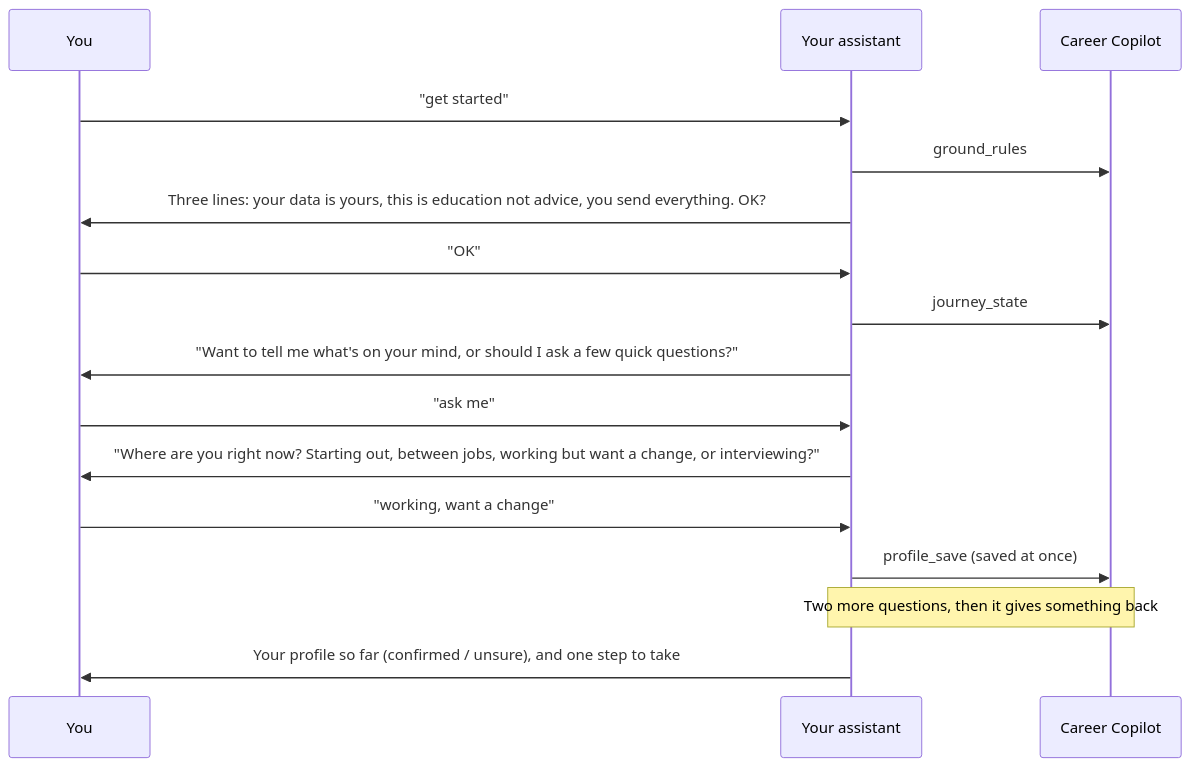
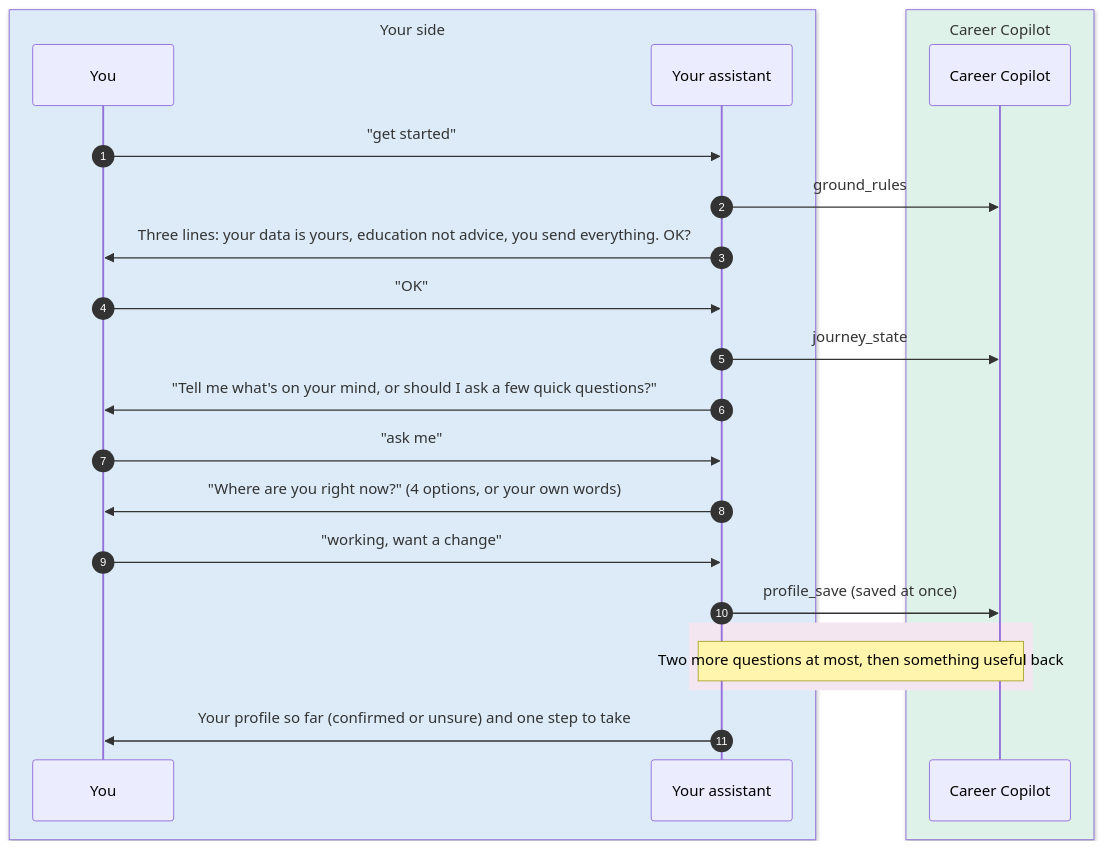
Before and after one commit to TusharSamantaray/career-copilot-mcp: the first of 3 diagrams in README.md, drawn with Mermaid. The commit also changed other lines of this file and 10 other files, not shown here.

First line of the commit message:
docs: engineering notes, current architecture, coloured diagrams

````diff
--- a/README.md
+++ b/README.md
@@ -66,18 +68,25 @@
 ```mermaid
 sequenceDiagram
-  participant Y as You
-  participant A as Your assistant
-  participant C as Career Copilot
+  autonumber
+  box rgb(220,235,247) Your side
+    participant Y as You
+    participant A as Your assistant
+  end
+  box rgb(223,242,233) Career Copilot
+    participant C as Career Copilot
+  end
   Y->>A: "get started"
   A->>C: ground_rules
-  A->>Y: Three lines: your data is yours, this is education not advice, you send everything. OK?
+  A->>Y: Three lines: your data is yours, education not advice, you send everything. OK?
   Y->>A: "OK"
   A->>C: journey_state
-  A->>Y: "Want to tell me what's on your mind, or should I ask a few quick questions?"
+  A->>Y: "Tell me what's on your mind, or should I ask a few quick questions?"
   Y->>A: "ask me"
-  A->>Y: "Where are you right now? Starting out, between jobs, working but want a change, or interviewing?"
+  A->>Y: "Where are you right now?" (4 options, or your own words)
   Y->>A: "working, want a change"
   A->>C: profile_save (saved at once)
-  Note over A,C: Two more questions, then it gives something back
-  A->>Y: Your profile so far (confirmed / unsure), and one step to take
+  rect rgb(243,230,240)
+    Note over A,C: Two more questions at most, then something useful back
+  end
+  A->>Y: Your profile so far (confirmed or unsure) and one step to take
 ```
````
